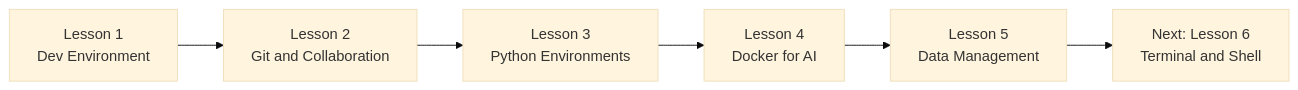
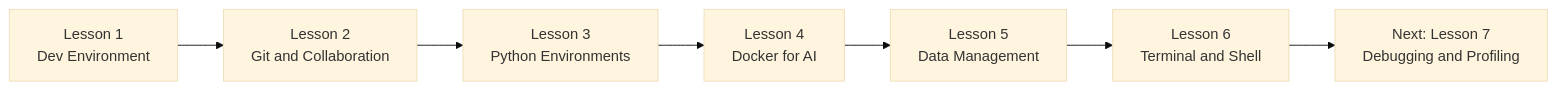
One commit to MustafaShirawala/ai-engineering-journey changed the first of 11 diagrams in README.md. Above: the diagram before and after it, drawn with Mermaid (base theme). The commit also changed other lines of this file, not shown here.

Commit message:
Update README with index and lesson 6 section

````diff
--- a/README.md
+++ b/README.md
@@ -12,8 +36,9 @@
 ```mermaid
 flowchart LR
     A["Lesson 1<br/>Dev Environment"] --> B["Lesson 2<br/>Git and Collaboration"]
     B --> C["Lesson 3<br/>Python Environments"]
     C --> D["Lesson 4<br/>Docker for AI"]
     D --> E["Lesson 5<br/>Data Management"]
-    E --> F["Next: Lesson 6<br/>Terminal and Shell"]
+    E --> F["Lesson 6<br/>Terminal and Shell"]
+    F --> G["Next: Lesson 7<br/>Debugging and Profiling"]
 ```
````
